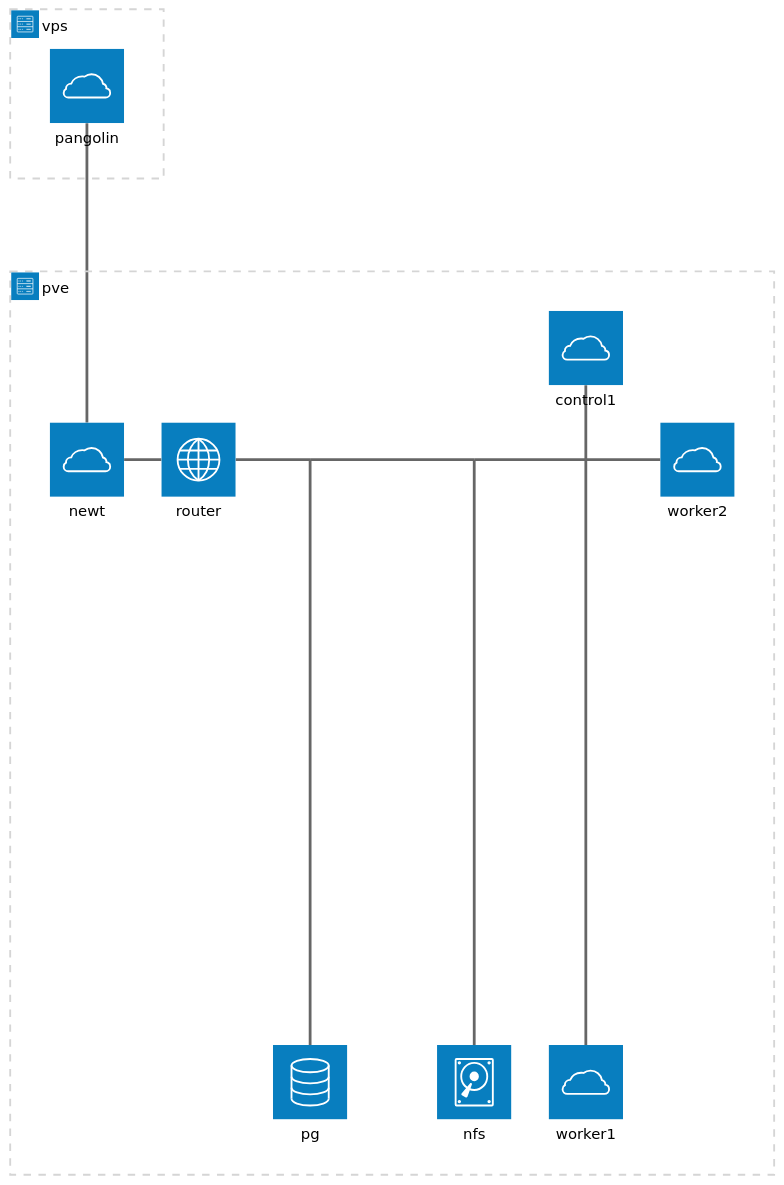
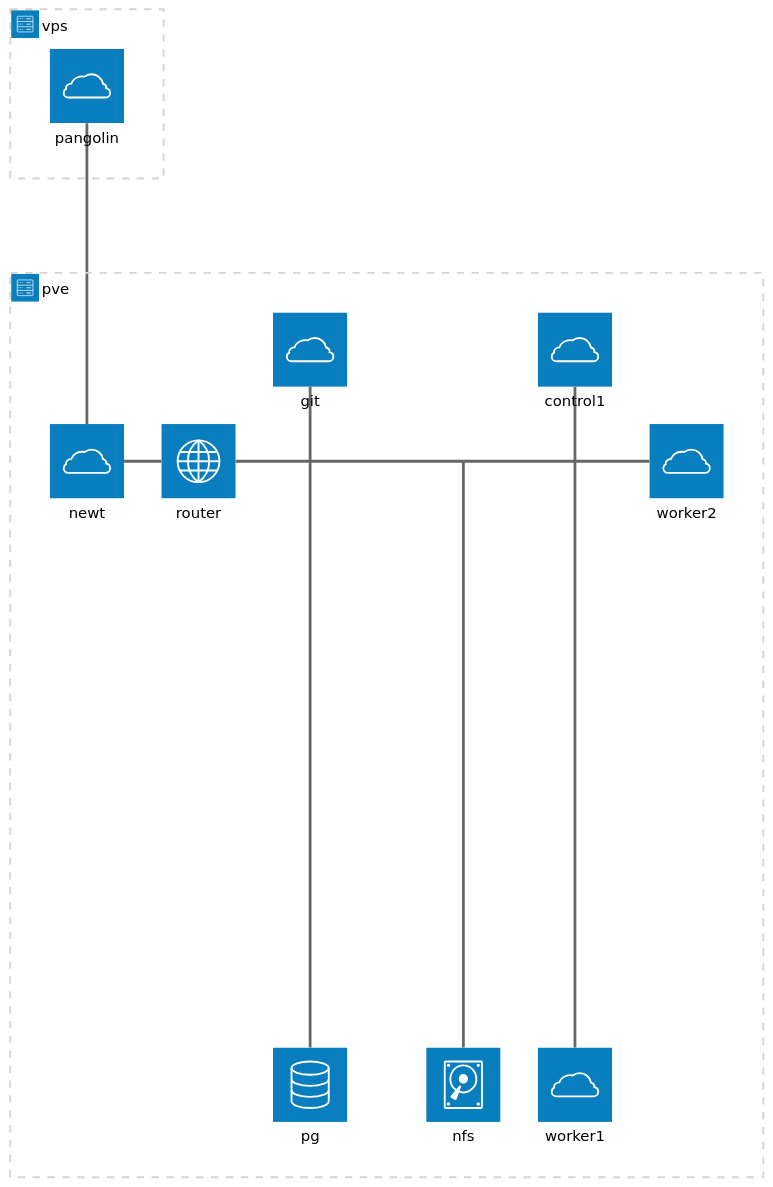
One commit to konstaka/homelab changed the diagram in README.md. Above: the diagram before and after it, drawn with Mermaid (neutral theme).

Commit message:
add git vm in architecture diagram

````diff
--- a/README.md
+++ b/README.md
@@ -24,28 +24,30 @@
 ```mermaid
 architecture-beta
     group pve(server)[pve]
     group vps(server)[vps]
 
     service router(internet)[router] in pve
     service control1(cloud)[control1] in pve
     service worker1(cloud)[worker1] in pve
     service worker2(cloud)[worker2] in pve
     service nfs(disk)[nfs] in pve
     service pg(database)[pg] in pve
+    service git(cloud)[git] in pve
     junction clusterbus
     junction dmzbus1
     junction dmzbus2
     service pangolin(cloud)[pangolin] in vps
     service newt(cloud)[newt] in pve
 
     router:R -- L:dmzbus1
     dmzbus1:R -- L:dmzbus2
     dmzbus2:R -- L:clusterbus
     control1:B -- T:clusterbus
     worker1:T -- B:clusterbus
     worker2:L -- R:clusterbus
     nfs:T -- B:dmzbus2
     pg:T -- B:dmzbus1
+    git:B -- T:dmzbus1
     pangolin:B -- T:newt
     newt:R -- L:router
 ```
````
